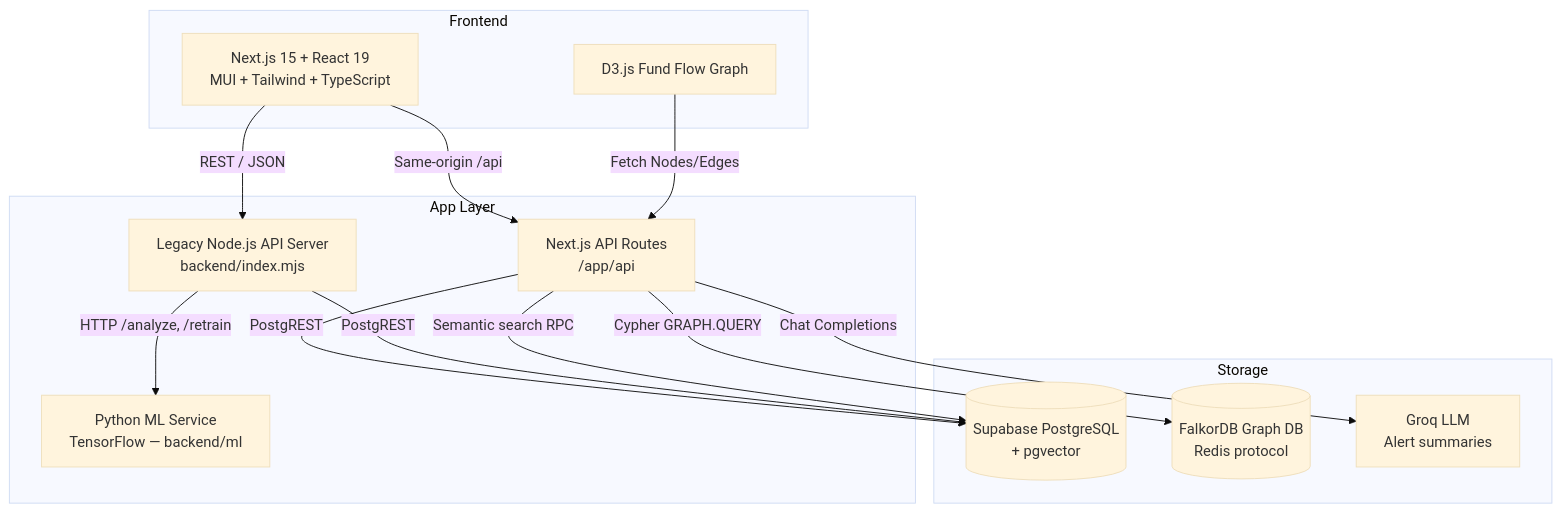
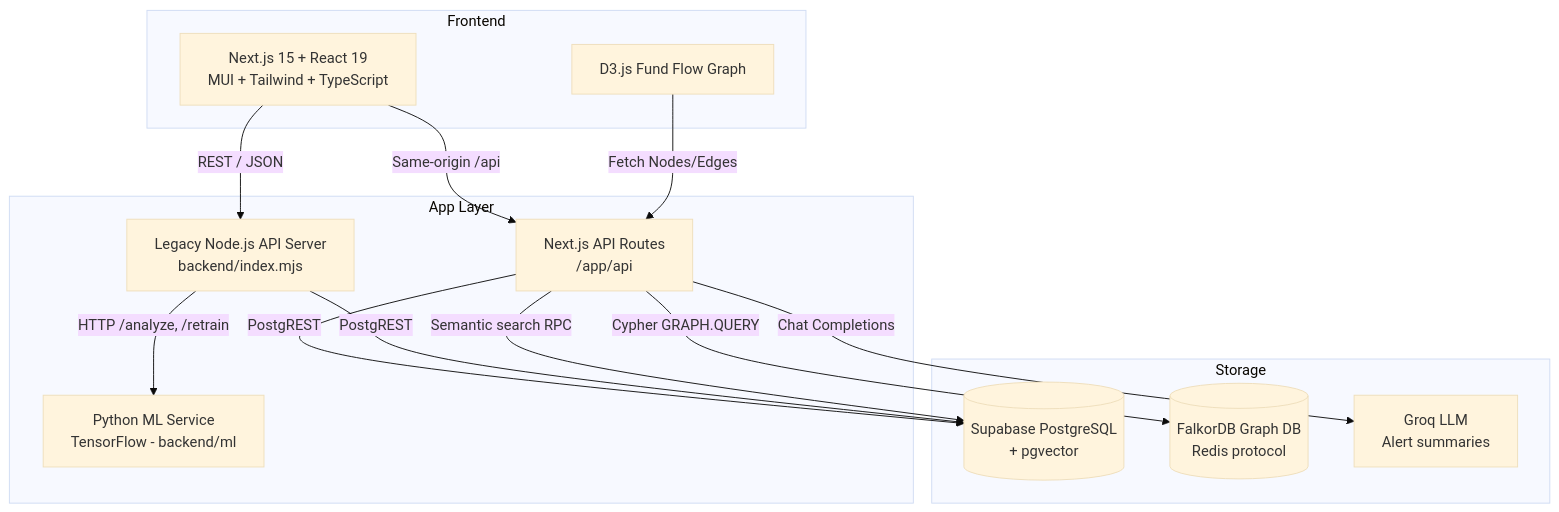
Before and after one commit to vansharora21/Prasunet-hackathon: the diagram in README.md, drawn with Mermaid (base theme). The commit also changed other lines of this file, not shown here.

````diff
--- a/README.md
+++ b/README.md
@@ -32,29 +50,29 @@
 ```mermaid
 graph TD
     subgraph Frontend
         UI[Next.js 15 + React 19<br/>MUI + Tailwind + TypeScript]
         GraphVis[D3.js Fund Flow Graph]
     end
 
     subgraph App Layer
         Routes[Next.js API Routes<br/>/app/api]
         Shell[Legacy Node.js API Server<br/>backend/index.mjs]
-        ML[Python ML Service<br/>TensorFlow — backend/ml]
+        ML[Python ML Service<br/>TensorFlow - backend/ml]
     end
 
     subgraph Storage
         DB[(Supabase PostgreSQL<br/>+ pgvector)]
         GDB[(FalkorDB Graph DB<br/>Redis protocol)]
         LLM[Groq LLM<br/>Alert summaries]
     end
 
     UI -->|Same-origin /api| Routes
     UI -->|REST / JSON| Shell
     GraphVis -->|Fetch Nodes/Edges| Routes
     Routes -->|PostgREST| DB
     Shell -->|PostgREST| DB
     Shell -->|HTTP /analyze, /retrain| ML
     Routes -->|Cypher GRAPH.QUERY| GDB
     Routes -->|Semantic search RPC| DB
     Routes -->|Chat Completions| LLM
 ```
````
